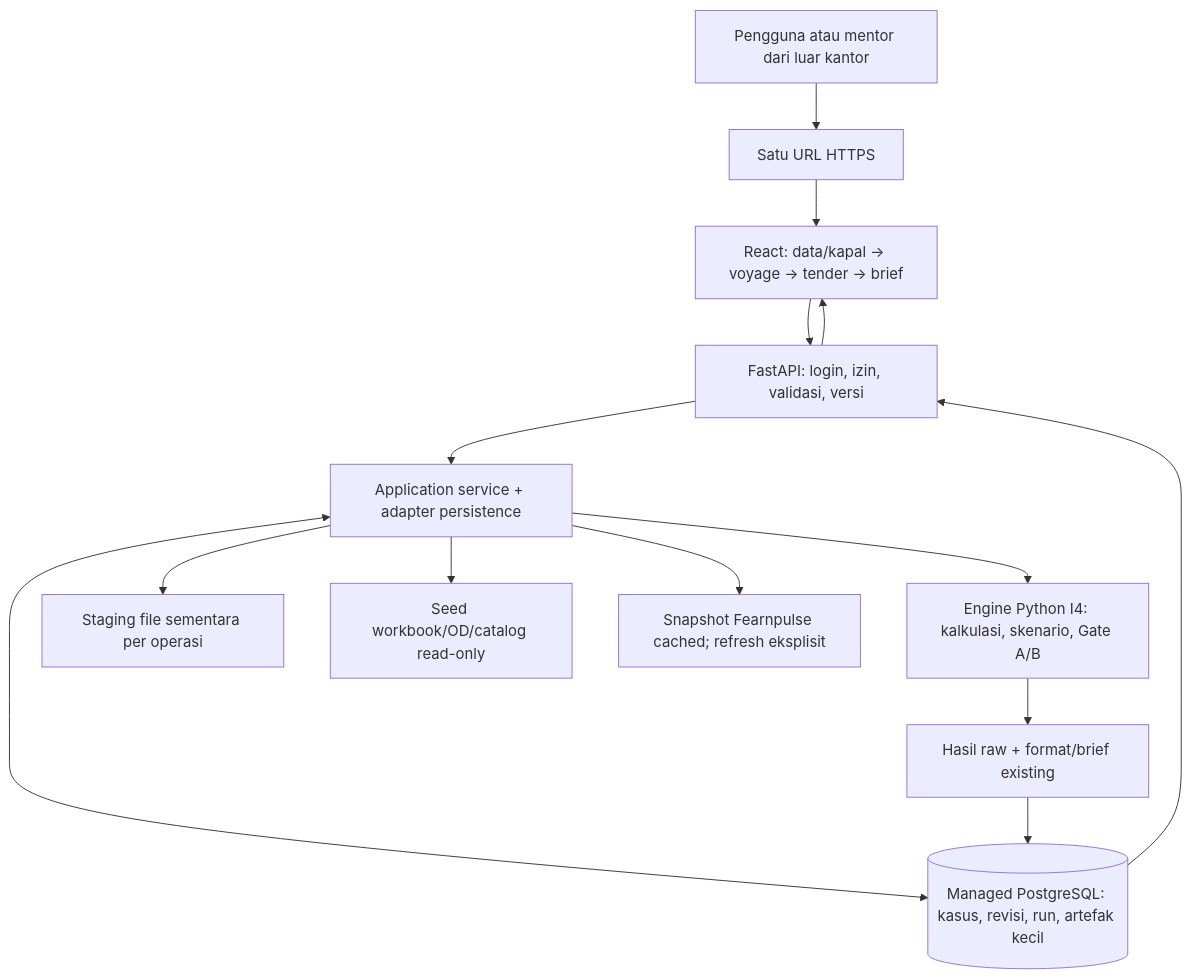
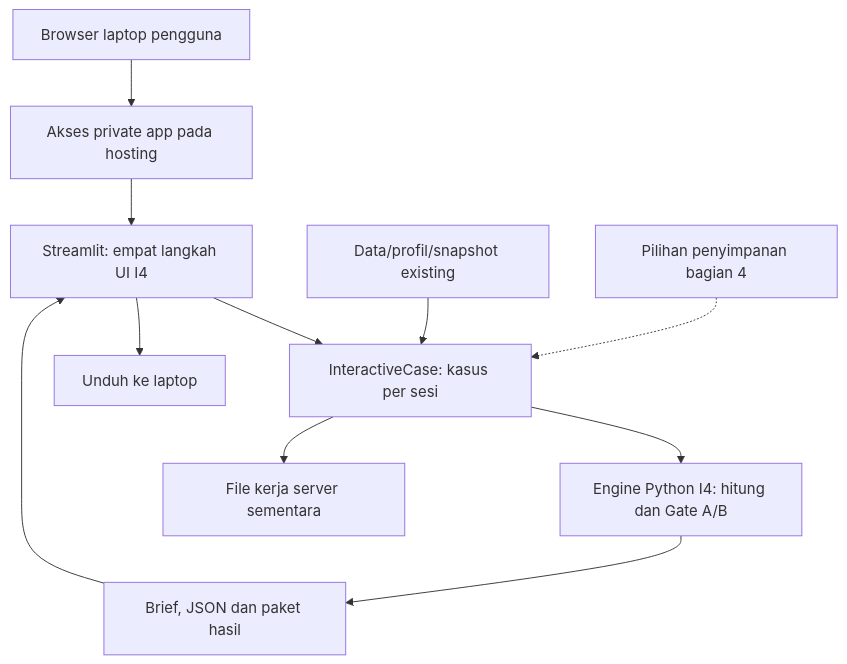
Before and after one commit to aidanismail/pilog-cfr-dss: the diagram in docs/it_5/ITERATION_05_PLAN.md, drawn with Mermaid. The commit also changed other lines of this file and 44 other files, not shown here.

````diff
--- a/docs/it_5/ITERATION_05_PLAN.md
+++ b/docs/it_5/ITERATION_05_PLAN.md
@@ -70,16 +49,13 @@
 ```mermaid
 flowchart TD
-    U["Pengguna atau mentor dari luar kantor"] --> H["Satu URL HTTPS"]
-    H --> W["React: data/kapal → voyage → tender → brief"]
-    W --> A["FastAPI: login, izin, validasi, versi"]
-    A --> S["Application service + adapter persistence"]
-    S --> E["Engine Python I4: kalkulasi, skenario, Gate A/B"]
-    S <--> D[("Managed PostgreSQL: kasus, revisi, run, artefak kecil")]
-    S --> T["Staging file sementara per operasi"]
-    E --> R["Hasil raw + format/brief existing"]
-    R --> D
-    D --> A
-    A --> W
-    S --> C["Seed workbook/OD/catalog read-only"]
-    S --> F["Snapshot Fearnpulse cached; refresh eksplisit"]
+    U["Browser laptop pengguna"] --> G["Akses private app pada hosting"]
+    G --> W["Streamlit: empat langkah UI I4"]
+    W --> S["InteractiveCase: kasus per sesi"]
+    S --> E["Engine Python I4: hitung dan Gate A/B"]
+    D["Data/profil/snapshot existing"] --> S
+    E --> R["Brief, JSON dan paket hasil"]
+    R --> W
+    W --> X["Unduh ke laptop"]
+    S --> T["File kerja server sementara"]
+    P["Pilihan penyimpanan bagian 4"] -.-> S
 ```
````
